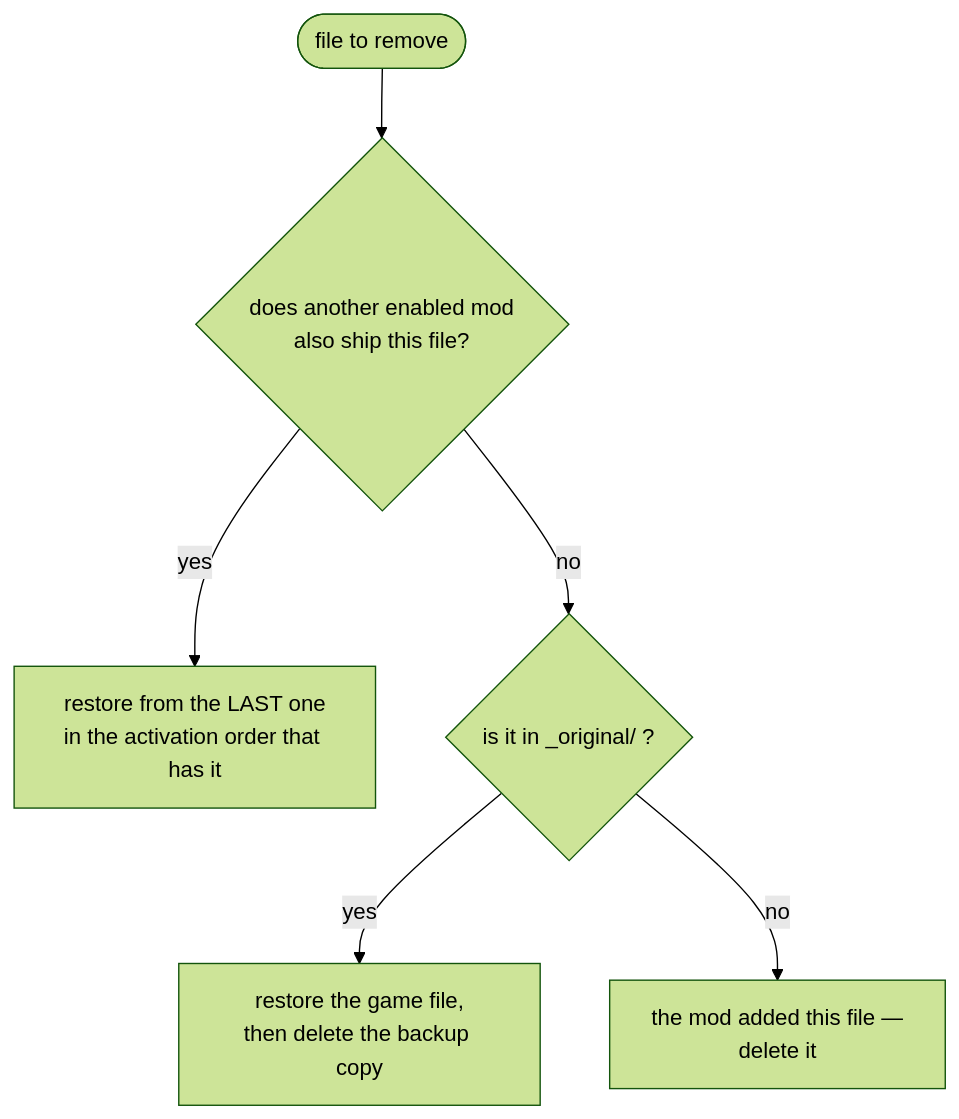
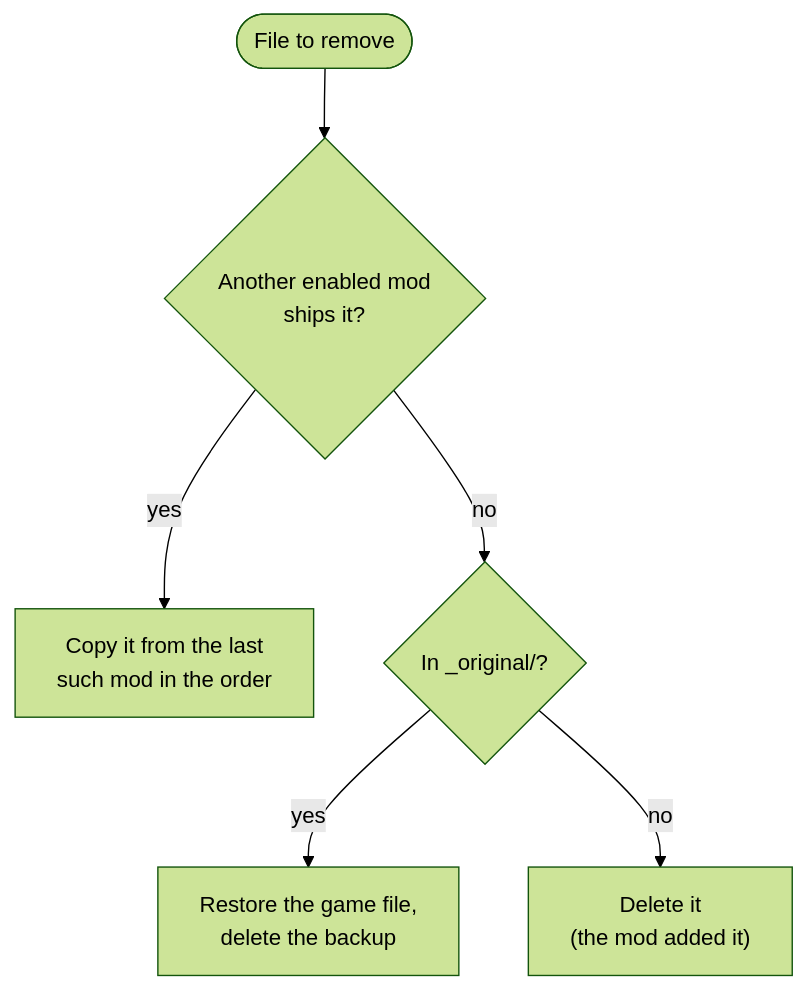
One commit to FreeProject089/BetterModsManager changed the fourth of 4 diagrams in frontend/assets/docs/en/how-it-works/conflicts.md. Above: the diagram before and after it, drawn with Mermaid (forest theme). The commit also changed other lines of this file and 176 other files, not shown here.

````diff
--- a/frontend/assets/docs/en/how-it-works/conflicts.md
+++ b/frontend/assets/docs/en/how-it-works/conflicts.md
@@ -103,8 +116,8 @@
 ```mermaid
-flowchart TB
-    REM(["file to remove"]) --> OTHER{"does another enabled mod<br/>also ship this file?"}
-    OTHER -- yes --> FROMMOD["restore from the LAST one<br/>in the activation order that has it"]
-    OTHER -- no --> ORIG{"is it in _original/ ?"}
-    ORIG -- yes --> FROMORIG["restore the game file,<br/>then delete the backup copy"]
-    ORIG -- no --> DEL["the mod added this file —<br/>delete it"]
+flowchart TD
+    REM(["File to remove"]) --> OTHER{"Another enabled mod<br/>ships it?"}
+    OTHER -- "yes" --> FROMMOD["Copy it from the last<br/>such mod in the order"]
+    OTHER -- "no" --> ORIG{"In _original/?"}
+    ORIG -- "yes" --> FROMORIG["Restore the game file,<br/>delete the backup"]
+    ORIG -- "no" --> DEL["Delete it<br/>(the mod added it)"]
 ```
````
